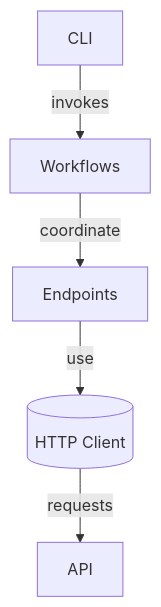
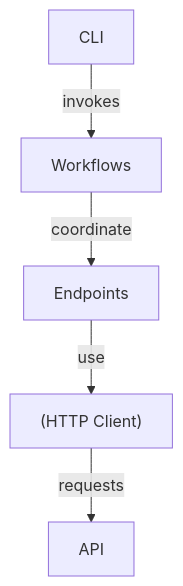
The first of 3 diagrams in docs/architecture.rst (fderuiter/imednet-python-sdk), drawn with Mermaid before and after one commit. The commit also changed other lines of this file and 2 other files, not shown here.

Commit message:
Fix failing tests in the test suite
This commit addresses three separate test failures that were occurring in the project's test suite.

- In `tests/test_mermaid_diagrams.py`, the test `test_no_unquoted_parentheses_in_mermaid_blocks` was failing due to unquoted parentheses in mermaid diagrams in `docs/architecture.rst`. The labels have been updated to use quotes to resolve this.

- In `tests/unit/test_airflow_operators.py`, the test `test_job_sensor` was failing with an `ImportError` when reloading modules. The unnecessary `importlib.reload()` calls have been removed to fix the issue.

- In `tests/unit/test_airflow_integration.py`, the test `test_export_operator_calls_helper` was failing due to a test isolation problem. The real `ImednetHook` was being used instead of the mock, causing a `ValueError`. This was resolved by unloading the `imednet.integrations.airflow` module from `sys.modules` at the beginning of the test to ensure a fresh import and correct application of the mock.

```diff
--- a/docs/architecture.rst
+++ b/docs/architecture.rst
@@ -11,7 +11,7 @@
 .. mermaid::
 
    graph TD
        CLI[CLI] --> |invokes| Workflows
        Workflows --> |coordinate| Endpoints
-       Endpoints --> |use| Client[(HTTP Client)]
+       Endpoints --> |use| Client["(HTTP Client)"]
        Client --> |requests| API
```
